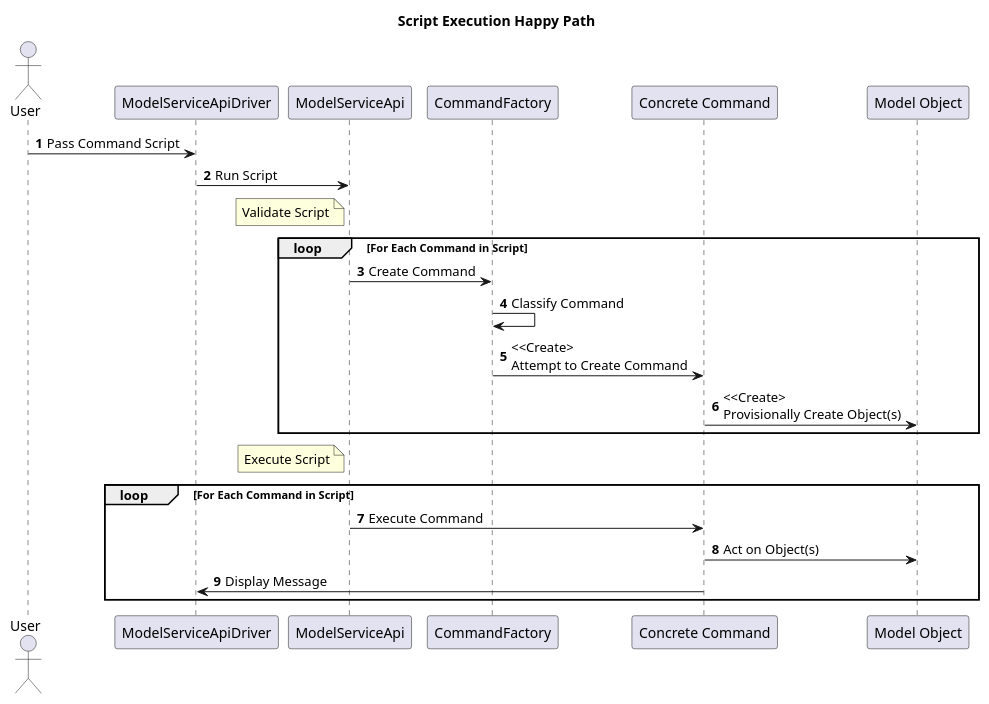
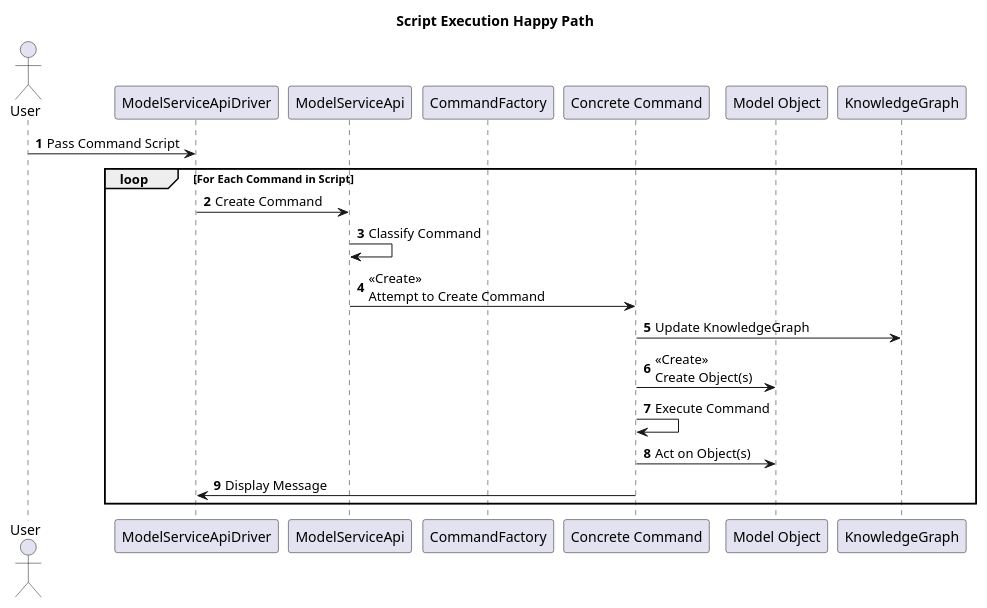
Before and after one commit to erikorlowski/cscie97: the second of 3 diagrams in cscie97/asn2/Design.md, drawn with PlantUML. The commit also changed other lines of this file, not shown here.

Commit message:
Actually reading the architecture document is helpful...

````diff
--- a/cscie97/asn2/Design.md
+++ b/cscie97/asn2/Design.md
@@ -234,34 +230,26 @@
 ```plantuml
 @startuml
 title Script Execution Happy Path
 
 autonumber
 
 actor User
 participant ModelServiceApiDriver
 participant ModelServiceApi
 participant CommandFactory
 participant Command as "Concrete Command"
 participant Obj as "Model Object"
 
 User -> ModelServiceApiDriver : Pass Command Script
-ModelServiceApiDriver -> ModelServiceApi : Run Script
-note left of ModelServiceApi
-    Validate Script
-endnote
 loop For Each Command in Script
-    ModelServiceApi -> CommandFactory : Create Command
-    CommandFactory -> CommandFactory : Classify Command
-    CommandFactory -> Command : <<Create>\nAttempt to Create Command
-    Command -> Obj : <<Create>\nProvisionally Create Object(s)
-end
-note left of ModelServiceApi
-    Execute Script
-endnote
-loop For Each Command in Script
-    ModelServiceApi -> Command : Execute Command
+    ModelServiceApiDriver -> ModelServiceApi : Create Command
+    ModelServiceApi -> ModelServiceApi : Classify Command
+    ModelServiceApi -> Command : <<Create>>\nAttempt to Create Command
+    Command -> KnowledgeGraph : Update KnowledgeGraph
+    Command -> Obj : <<Create>>\nCreate Object(s)
+    Command -> Command : Execute Command
     Command -> Obj : Act on Object(s)
     Command -> ModelServiceApiDriver : Display Message
 end
 @enduml
 ```
````
